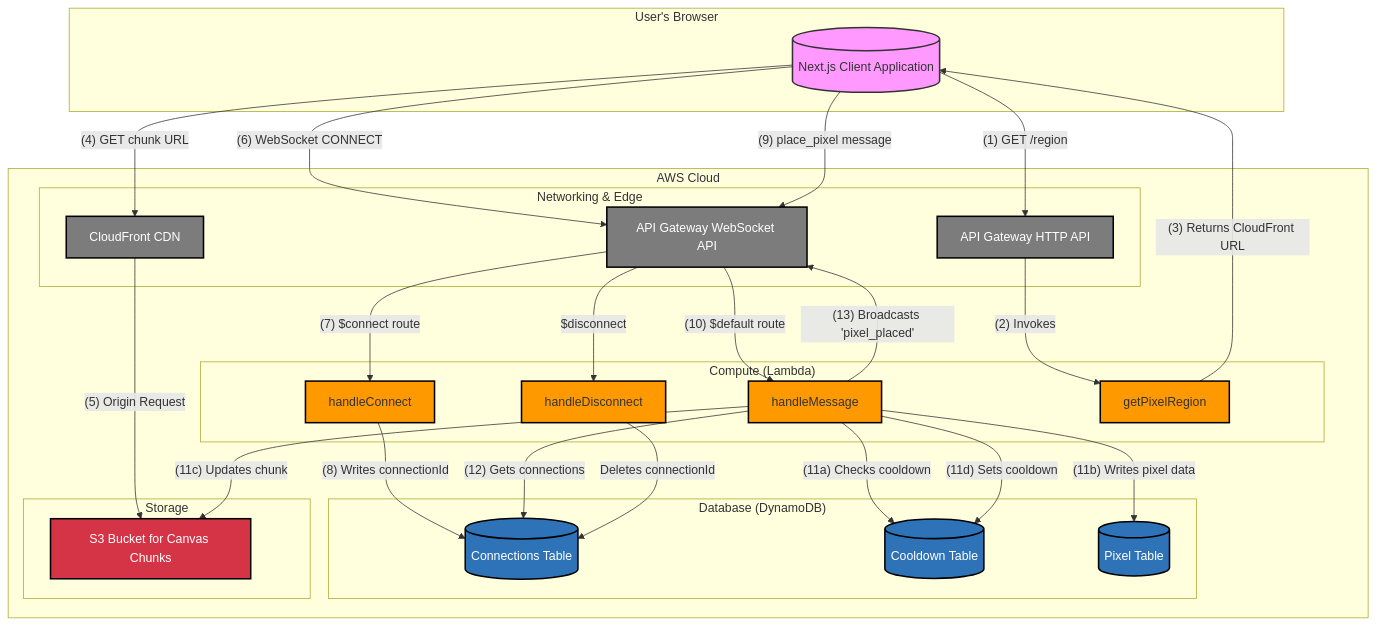
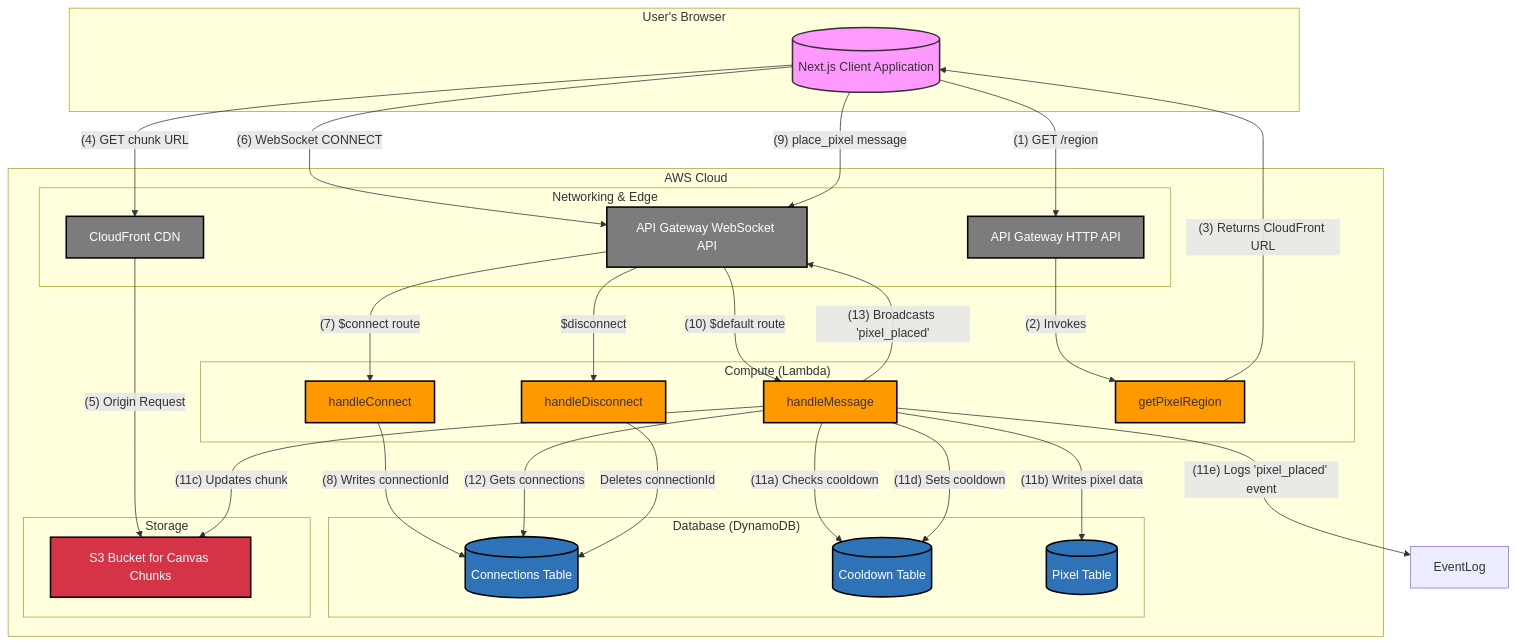
Before and after one commit to NTitterton/emojiplace: the first of 2 diagrams in project_design.md, drawn with Mermaid. The commit also changed other lines of this file, not shown here.

Commit message:
small diagram update

````diff
--- a/project_design.md
+++ b/project_design.md
@@ -7,69 +7,70 @@
 ```mermaid
 graph TD
     subgraph "User's Browser"
         Frontend[("Next.js Client Application")]
     end
 
     subgraph "AWS Cloud"
         subgraph "Networking & Edge"
             APIGW_WS["API Gateway WebSocket API"]
             APIGW_HTTP["API Gateway HTTP API"]
             CloudFront["CloudFront CDN"]
         end
 
         subgraph "Compute (Lambda)"
             Connect["handleConnect"]
             Disconnect["handleDisconnect"]
             MessageHandler["handleMessage"]
             GetRegion["getPixelRegion"]
         end
 
         subgraph "Database (DynamoDB)"
             ConnectionsTable[("Connections Table")]
             CooldownTable[("Cooldown Table")]
             PixelTable[("Pixel Table")]
         end
 
         subgraph "Storage"
             S3["S3 Bucket for Canvas Chunks"]
         end
     end
 
     %% Flow: Initial data load and WebSocket connection
     Frontend -- "(1) GET /region" --> APIGW_HTTP
     APIGW_HTTP -- "(2) Invokes" --> GetRegion
     GetRegion -- "(3) Returns CloudFront URL" --> Frontend
     Frontend -- "(4) GET chunk URL" --> CloudFront
     CloudFront -- "(5) Origin Request" --> S3
     
     Frontend -- "(6) WebSocket CONNECT" --> APIGW_WS
     APIGW_WS -- "(7) $connect route" --> Connect
     Connect -- "(8) Writes connectionId" --> ConnectionsTable
 
     %% Flow: User places a pixel
     Frontend -- "(9) place_pixel message" --> APIGW_WS
     APIGW_WS -- "(10) $default route" --> MessageHandler
     
     MessageHandler -- "(11a) Checks cooldown" --> CooldownTable
     MessageHandler -- "(11b) Writes pixel data" --> PixelTable
     MessageHandler -- "(11c) Updates chunk" --> S3
     MessageHandler -- "(11d) Sets cooldown" --> CooldownTable
+    MessageHandler -- "(11e) Logs 'pixel_placed' event" --> EventLog
     MessageHandler -- "(12) Gets connections" --> ConnectionsTable
     MessageHandler -- "(13) Broadcasts 'pixel_placed'" --> APIGW_WS
     
     %% Disconnect
     APIGW_WS -- "$disconnect" --> Disconnect
     Disconnect -- "Deletes connectionId" --> ConnectionsTable
 
     %% Style
     classDef lambda fill:#FF9900,stroke:#000,stroke-width:2px;
     class Connect,Disconnect,MessageHandler,GetRegion lambda;
     classDef db fill:#2E73B8,stroke:#000,stroke-width:2px,color:#fff;
     class ConnectionsTable,CooldownTable,PixelTable db;
     classDef s3 fill:#D53447,stroke:#000,stroke-width:2px,color:#fff;
     class S3 s3;
     classDef edge fill:#7D7C7C,stroke:#000,stroke-width:2px,color:#fff;
     class APIGW_WS,APIGW_HTTP,CloudFront edge;
     classDef client fill:#f9f,stroke:#333,stroke-width:2px
     class Frontend client
 ```
````
